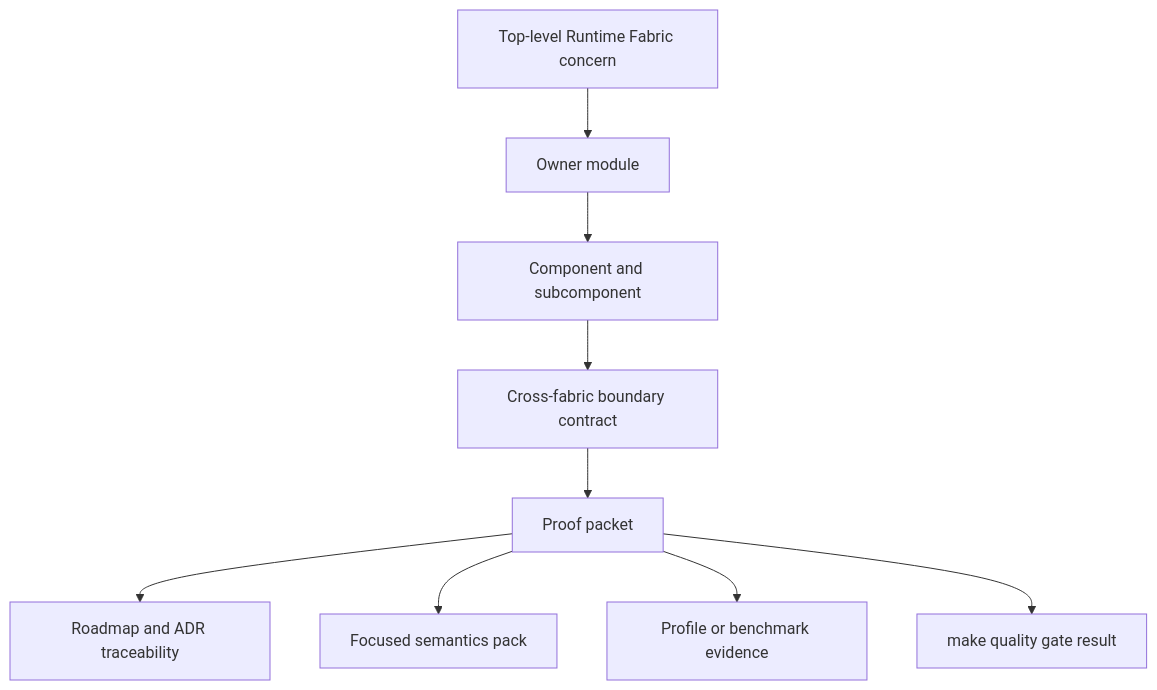
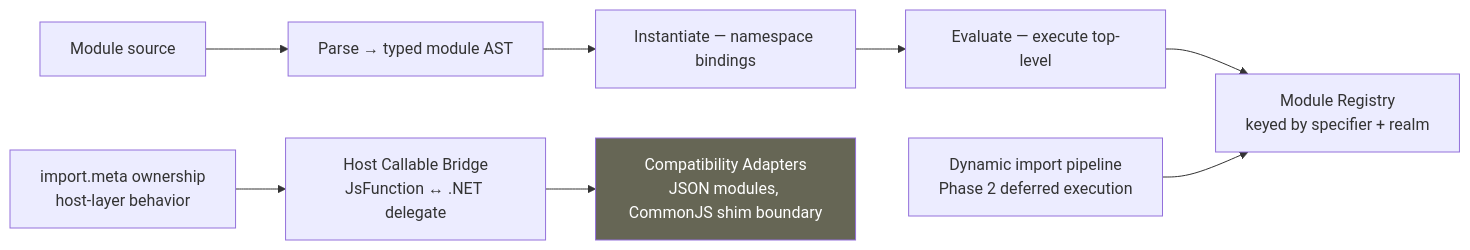
Before and after one commit to asynkron/Asynkron.JsEngine: the sixth of 12 diagrams in docs/dreaming.md, drawn with Mermaid. The commit also changed other lines of this file, not shown here.

First line of the commit message:
dreaming: 2026-05-29 — add compilation pipeline, dual-VM model, JsValue contract, seam-elimination end-state diagrams

````diff
--- a/docs/dreaming.md
+++ b/docs/dreaming.md
@@ -131,12 +270,19 @@
 ```mermaid
-flowchart TD
-    T[Top-level Runtime Fabric concern] --> M[Owner module]
-    M --> C[Component and subcomponent]
-    C --> K[Cross-fabric boundary contract]
-    K --> P[Proof packet]
-    P --> R[Roadmap and ADR traceability]
+flowchart LR
+    SRC[Module source]
+    PAR[Parse → typed module AST]
+    INS[Instantiate — namespace bindings]
+    EVL[Evaluate — execute top-level]
+    REG[Module Registry\nkeyed by specifier + realm]
+    DYN[Dynamic import pipeline\nPhase 2 deferred execution]
+    META[import.meta ownership\nhost-layer behavior]
+    HCB[Host Callable Bridge\nJsFunction ↔ .NET delegate]
+    ADP[Compatibility Adapters\nJSON modules, CommonJS shim boundary]
 
-    P --> P1[Focused semantics pack]
-    P --> P2[Profile or benchmark evidence]
-    P --> P3[make quality gate result]
+    SRC --> PAR --> INS --> EVL --> REG
+    DYN --> REG
+    META --> HCB
+    HCB --> ADP
+
+    style ADP fill:#665,color:#fff
 ```
````
